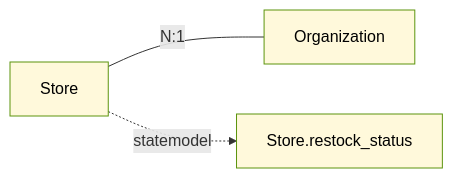
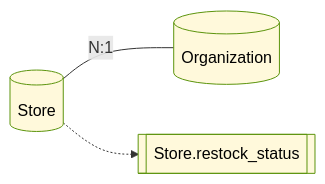
One commit to manji-0/rdra-ish-dsl changed the sixth of 11 diagrams in docs/diagram-sample-review.md. Above: the diagram before and after it, drawn with Mermaid. The commit also changed other lines of this file and 95 other files, not shown here.

````diff
--- a/docs/diagram-sample-review.md
+++ b/docs/diagram-sample-review.md
@@ -438,13 +440,13 @@
 ```mermaid
 %% rdra-ish diagram=information scope=whole model=samples/incremental-order/step-6-business-rules/src
 %% kinds: entity statemodel
 %% omitted: columns usecase screen api
 flowchart LR
-  entity__Organization["Organization"]:::entity
-  entity__Store["Store"]:::entity
-  statemodel__Store_restock_status["Store.restock_status"]:::statemodel
+  entity__Organization[("Organization")]:::entity
+  entity__Store[("Store")]:::entity
+  statemodel__Store_restock_status[["Store.restock_status"]]:::statemodel
   entity__Store ---|N:1| entity__Organization
-  entity__Store -.->|statemodel| statemodel__Store_restock_status
+  entity__Store -.-> statemodel__Store_restock_status
   classDef entity fill:#fff9db,stroke:#5c940d,color:#000;
   classDef statemodel fill:#fff9db,stroke:#5c940d,color:#000;
 ```
````
